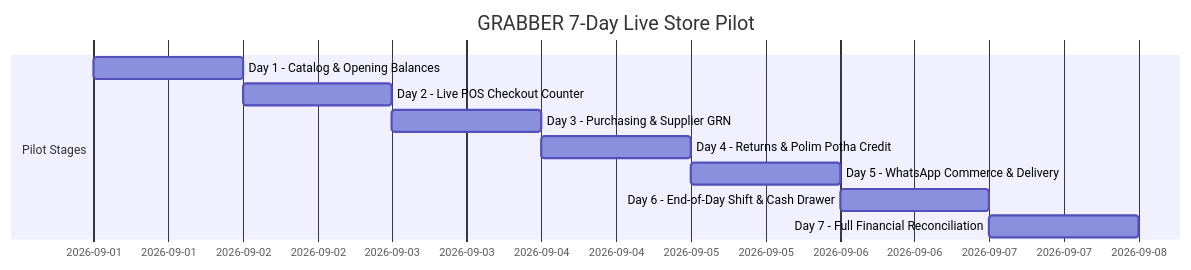
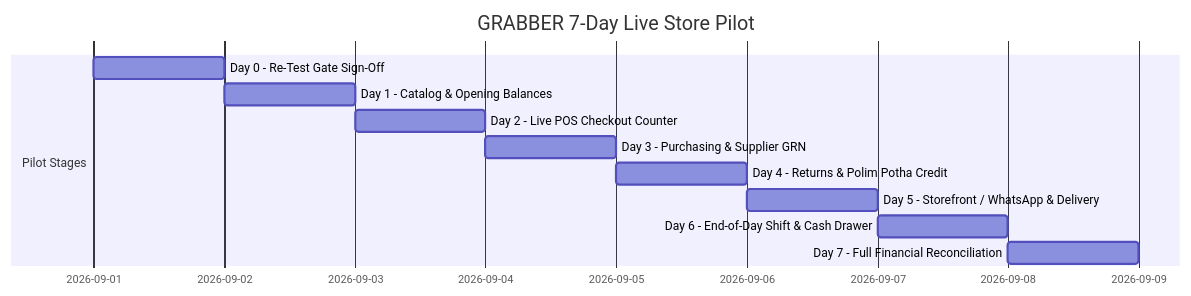
The diagram in docs/certification/CLIENT_ACCEPTANCE_TEST.md (anasbikes1992-ui/grabber-poz-solo), drawn with Mermaid before and after one commit. The commit also changed other lines of this file and 9 other files, not shown here.

````diff
--- a/docs/certification/CLIENT_ACCEPTANCE_TEST.md
+++ b/docs/certification/CLIENT_ACCEPTANCE_TEST.md
@@ -9,13 +11,14 @@
 ```mermaid
 gantt
     title GRABBER 7-Day Live Store Pilot
     dateFormat  YYYY-MM-DD
     section Pilot Stages
-    Day 1 - Catalog & Opening Balances       :a1, 2026-09-01, 1d
+    Day 0 - Re-Test Gate Sign-Off            :a0, 2026-09-01, 1d
+    Day 1 - Catalog & Opening Balances       :a1, after a0, 1d
     Day 2 - Live POS Checkout Counter        :a2, after a1, 1d
     Day 3 - Purchasing & Supplier GRN        :a3, after a2, 1d
     Day 4 - Returns & Polim Potha Credit     :a4, after a3, 1d
-    Day 5 - WhatsApp Commerce & Delivery     :a5, after a4, 1d
+    Day 5 - Storefront / WhatsApp & Delivery :a5, after a4, 1d
     Day 6 - End-of-Day Shift & Cash Drawer   :a6, after a5, 1d
     Day 7 - Full Financial Reconciliation    :a7, after a6, 1d
 ```
````
